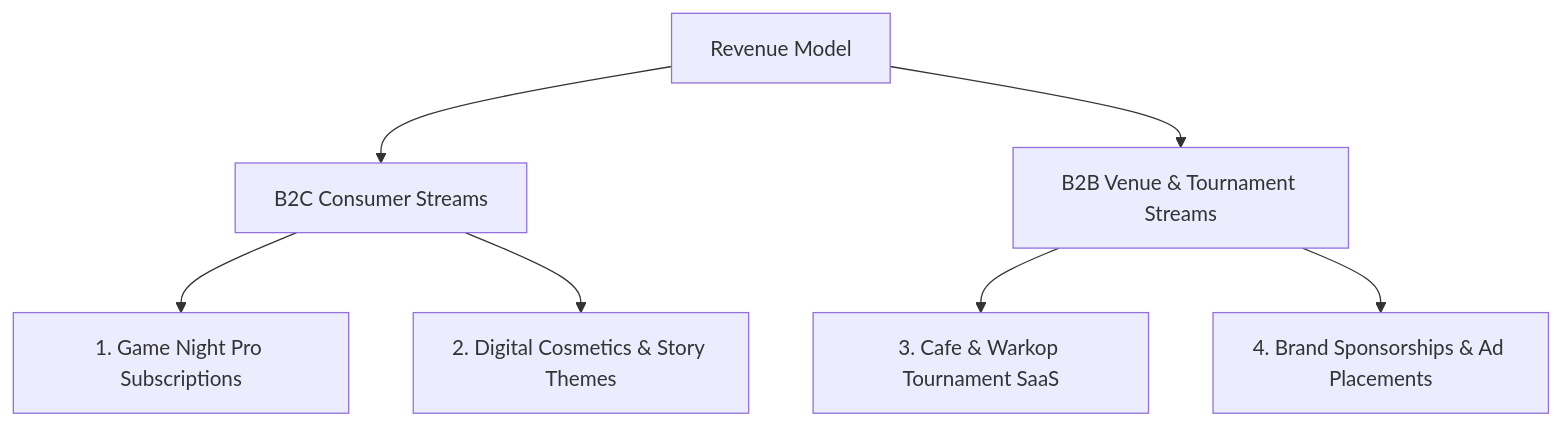
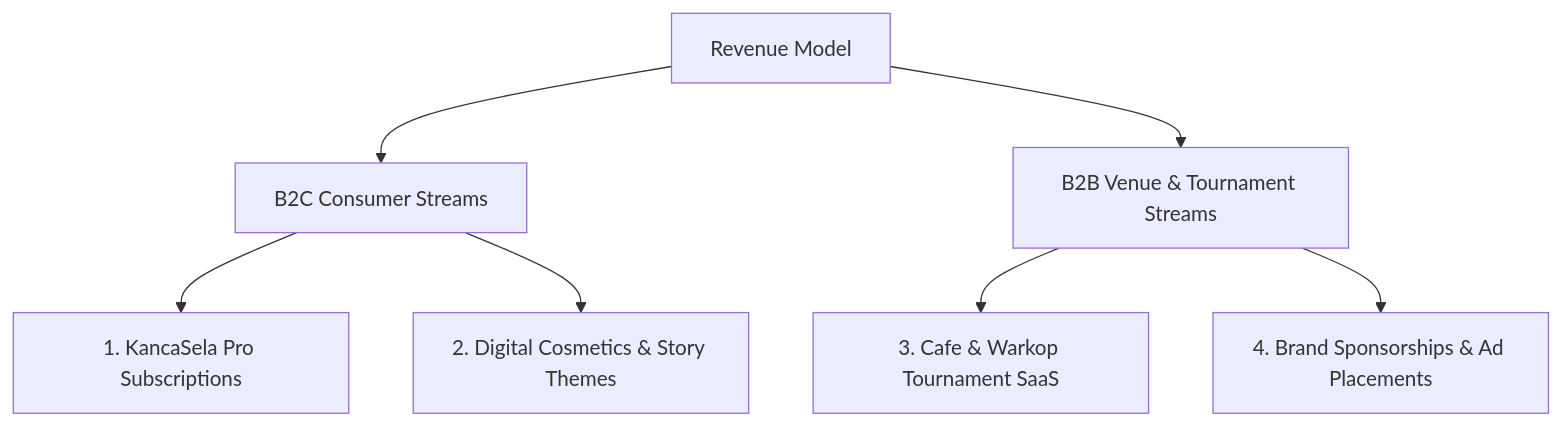
Before and after one commit to gabrielfermy/TrufCardOne: the third of 3 diagrams in docs/investor_deck.md, drawn with Mermaid. The commit also changed other lines of this file and 16 other files, not shown here.

Commit message:
feat(branding): rebrand Game Night Suite to KancaSela across all modules and documentation

````diff
--- a/docs/investor_deck.md
+++ b/docs/investor_deck.md
@@ -192,11 +192,11 @@
 ```mermaid
 graph TD
     Rev[Revenue Model] --> B2C[B2C Consumer Streams]
     Rev --> B2B[B2B Venue & Tournament Streams]
     
-    B2C --> ProPass[1. Game Night Pro Subscriptions]
+    B2C --> ProPass[1. KancaSela Pro Subscriptions]
     B2C --> IAP[2. Digital Cosmetics & Story Themes]
     
     B2B --> CafeSaaS[3. Cafe & Warkop Tournament SaaS]
     B2B --> Sponsorship[4. Brand Sponsorships & Ad Placements]
 ```
````
